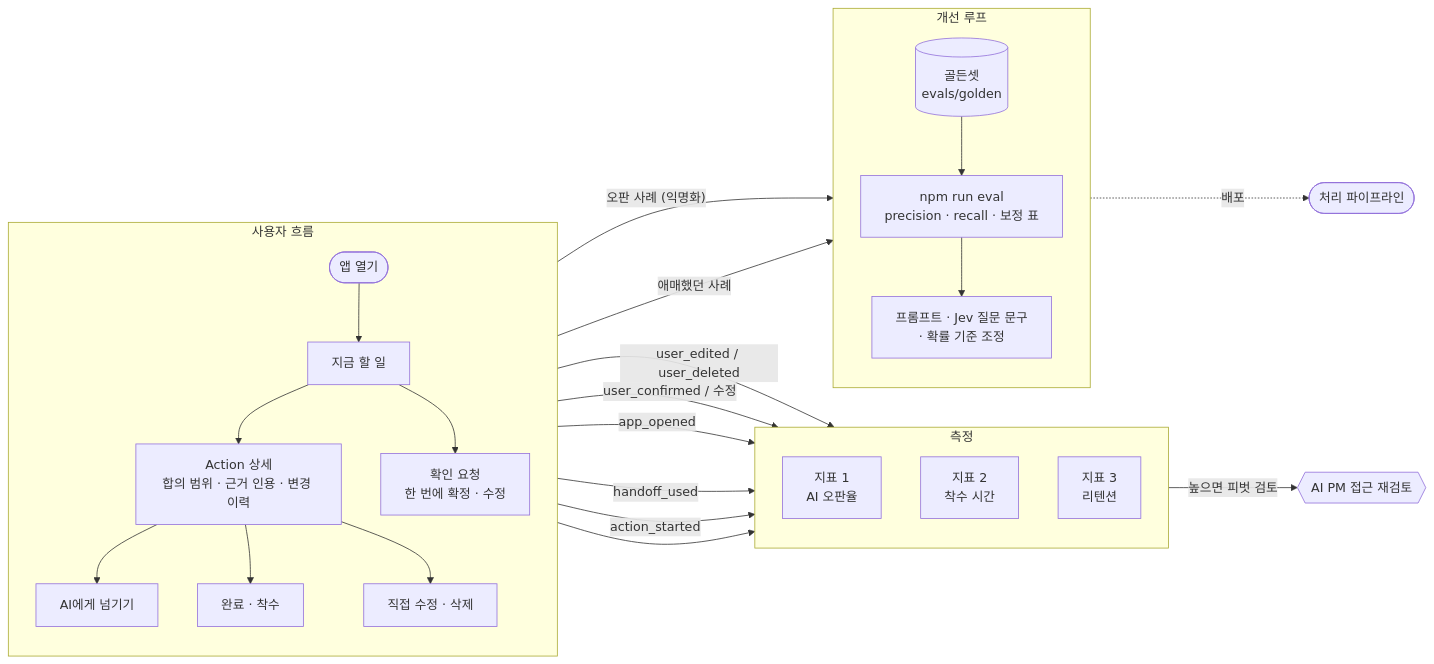
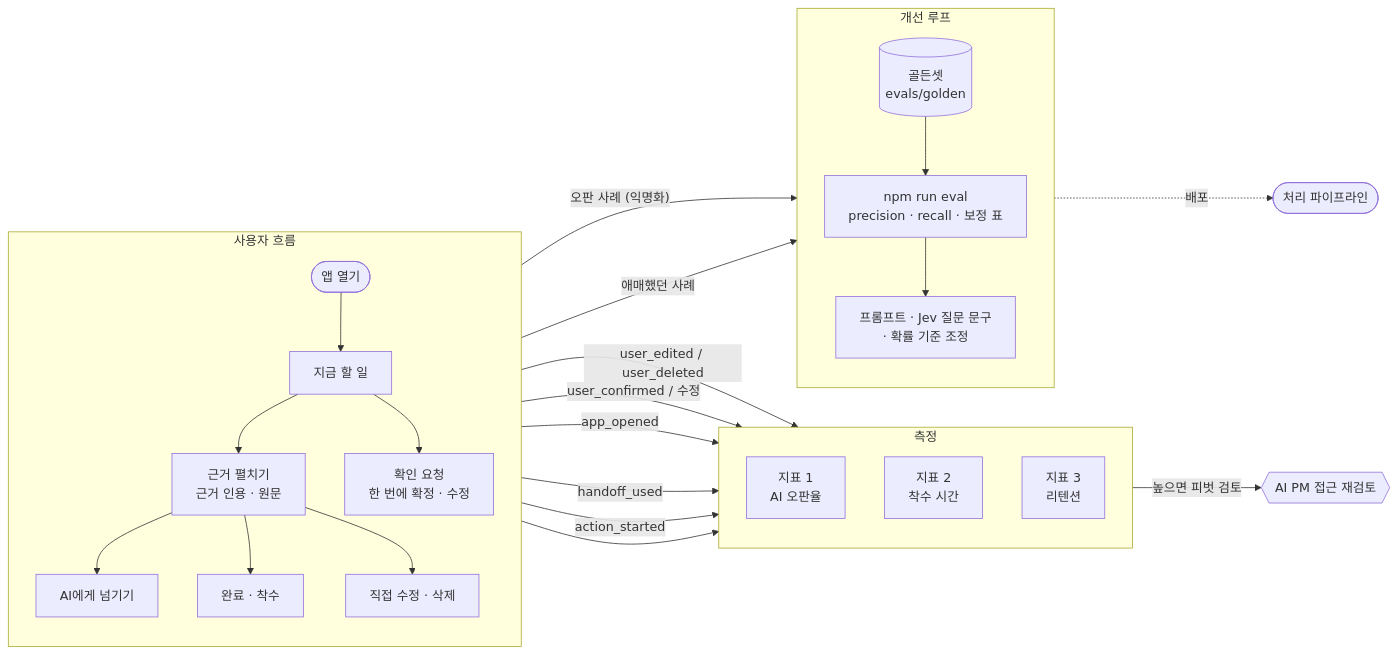
Before and after one commit to songch9511/taskforce-new: the sixth of 6 diagrams in docs/ARCHITECTURE.md, drawn with Mermaid. The commit also changed other lines of this file and 9 other files, not shown here.

````diff
--- a/docs/ARCHITECTURE.md
+++ b/docs/ARCHITECTURE.md
@@ -299,39 +301,39 @@
 ```mermaid
 flowchart LR
     subgraph USE["사용자 흐름"]
         direction TB
         O([앱 열기]) --> N["지금 할 일"]
-        N --> DT["Action 상세<br/>합의 범위 · 근거 인용 · 변경 이력"]
+        N --> DT["근거 펼치기<br/>근거 인용 · 원문"]
         DT --> HO["AI에게 넘기기"]
         DT --> DONE["완료 · 착수"]
         N --> CQ["확인 요청<br/>한 번에 확정 · 수정"]
         DT --> ED["직접 수정 · 삭제"]
     end
 
     subgraph MEAS["측정"]
         direction TB
         M1["지표 1<br/>AI 오판율"]
         M2["지표 2<br/>착수 시간"]
         M3["지표 3<br/>리텐션"]
     end
 
     subgraph LEARN["개선 루프"]
         direction TB
         GS[("골든셋<br/>evals/golden")]
         EVAL["npm run eval<br/>precision · recall · 보정 표"]
         TUNE["프롬프트 · Jev 질문 문구<br/>· 확률 기준 조정"]
     end
 
     ED -- "user_edited / user_deleted" --> M1
     CQ -- "user_confirmed / 수정" --> M1
     O -- app_opened --> M2
     HO -- handoff_used --> M2
     DONE -- action_started --> M2
     O --> M3
 
     ED -- "오판 사례 (익명화)" --> GS
     CQ -- "애매했던 사례" --> GS
     GS --> EVAL --> TUNE
     TUNE -. "배포" .-> PIPE2(["처리 파이프라인"])
     M1 -- "높으면 피벗 검토" --> PIV{{"AI PM 접근 재검토"}}
 ```
````
